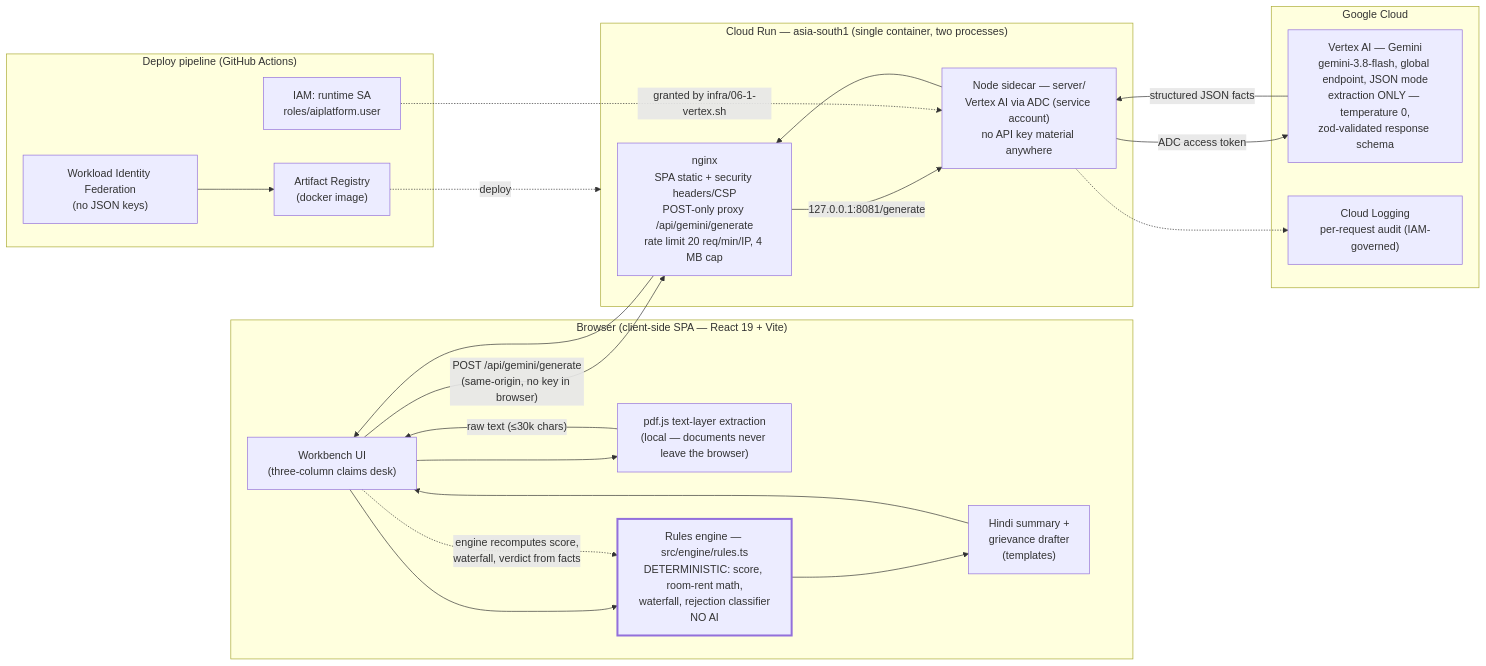
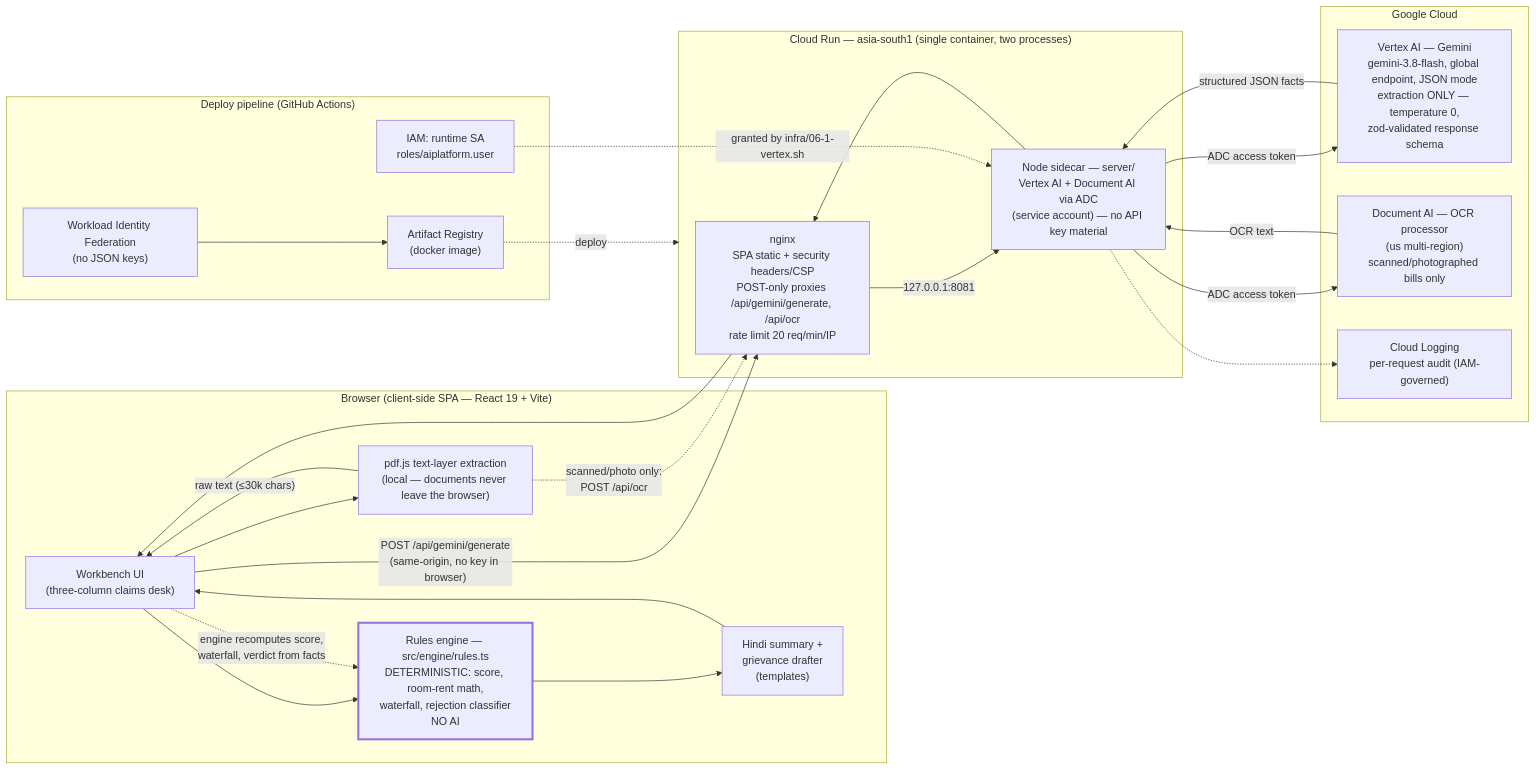
Before and after one commit to amoghng7/claimsahayak: the diagram in docs/architecture.mmd, drawn with Mermaid. The commit also changed 11 other files, not shown here.

First line of the commit message:
feat: OCR for scanned documents via Cloud Document AI (6.2)

```diff
--- a/docs/architecture.mmd
+++ b/docs/architecture.mmd
@@ -1,39 +1,43 @@
 flowchart LR
     subgraph browser["Browser (client-side SPA — React 19 + Vite)"]
         UI["Workbench UI\n(three-column claims desk)"]
         PDF["pdf.js text-layer extraction\n(local — documents never leave the browser)"]
         ENGINE["Rules engine — src/engine/rules.ts\nDETERMINISTIC: score, room-rent math,\nwaterfall, rejection classifier\nNO AI"]
         HINDI["Hindi summary +\ngrievance drafter\n(templates)"]
         UI --> PDF
         PDF -->|"raw text (≤30k chars)"| UI
         UI --> ENGINE
         ENGINE --> HINDI --> UI
     end
 
     subgraph cloudrun["Cloud Run — asia-south1 (single container, two processes)"]
-        NGINX["nginx\nSPA static + security headers/CSP\nPOST-only proxy /api/gemini/generate\nrate limit 20 req/min/IP, 4 MB cap"]
-        SIDECAR["Node sidecar — server/\nVertex AI via ADC (service account)\nno API key material anywhere"]
-        NGINX -->|"127.0.0.1:8081/generate"| SIDECAR
+        NGINX["nginx\nSPA static + security headers/CSP\nPOST-only proxies /api/gemini/generate, /api/ocr\nrate limit 20 req/min/IP"]
+        SIDECAR["Node sidecar — server/\nVertex AI + Document AI via ADC\n(service account) — no API key material"]
+        NGINX -->|"127.0.0.1:8081"| SIDECAR
     end
 
     subgraph google["Google Cloud"]
         VERTEX["Vertex AI — Gemini\ngemini-3.8-flash, global endpoint, JSON mode\nextraction ONLY — temperature 0,\nzod-validated response schema"]
+        DOCAI["Document AI — OCR processor\n(us multi-region)\nscanned/photographed bills only"]
         LOGS["Cloud Logging\nper-request audit (IAM-governed)"]
     end
 
     subgraph ci["Deploy pipeline (GitHub Actions)"]
         WIF["Workload Identity Federation\n(no JSON keys)"]
         AR["Artifact Registry\n(docker image)"]
         IAM["IAM: runtime SA\nroles/aiplatform.user"]
         WIF --> AR
     end
 
     UI -->|"POST /api/gemini/generate\n(same-origin, no key in browser)"| NGINX
+    PDF -.->|"scanned/photo only:\nPOST /api/ocr"| NGINX
     SIDECAR -->|"ADC access token"| VERTEX
+    SIDECAR -->|"ADC access token"| DOCAI
+    DOCAI -->|"OCR text"| SIDECAR
     VERTEX -->|"structured JSON facts"| SIDECAR --> NGINX --> UI
     SIDECAR -.-> LOGS
     UI -.->|"engine recomputes score,\nwaterfall, verdict from facts"| ENGINE
     IAM -.->|"granted by infra/06-1-vertex.sh"| SIDECAR
     AR -.->|deploy| cloudrun
 
     style ENGINE stroke-width:3px
```
